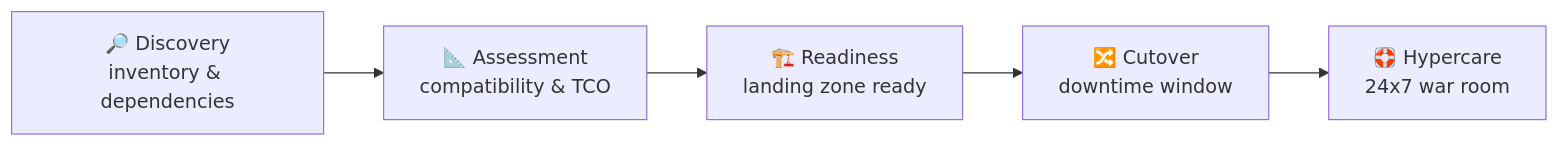
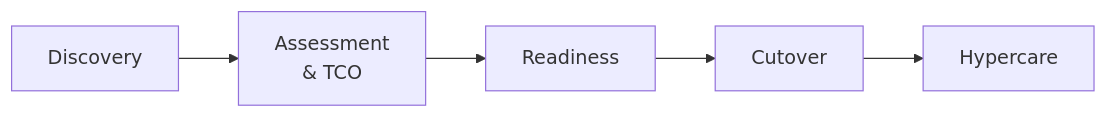
One commit to HarshAgarwal1102/HarshAgarwal1102 changed the fourth of 4 diagrams in README.md. Above: the diagram before and after it, drawn with Mermaid. The commit also changed other lines of this file and 6 other files, not shown here.

````diff
--- a/README.md
+++ b/README.md
@@ -148,7 +201,4 @@
 ```mermaid
 flowchart LR
-    D["🔎 Discovery<br/>inventory & dependencies"] --> A["📐 Assessment<br/>compatibility & TCO"]
-    A --> R["🏗️ Readiness<br/>landing zone ready"]
-    R --> C["🔀 Cutover<br/>downtime window"]
-    C --> H["🛟 Hypercare<br/>24x7 war room"]
+    D["Discovery"] --> A["Assessment<br/>& TCO"] --> R["Readiness"] --> C["Cutover"] --> H["Hypercare"]
 ```
````
